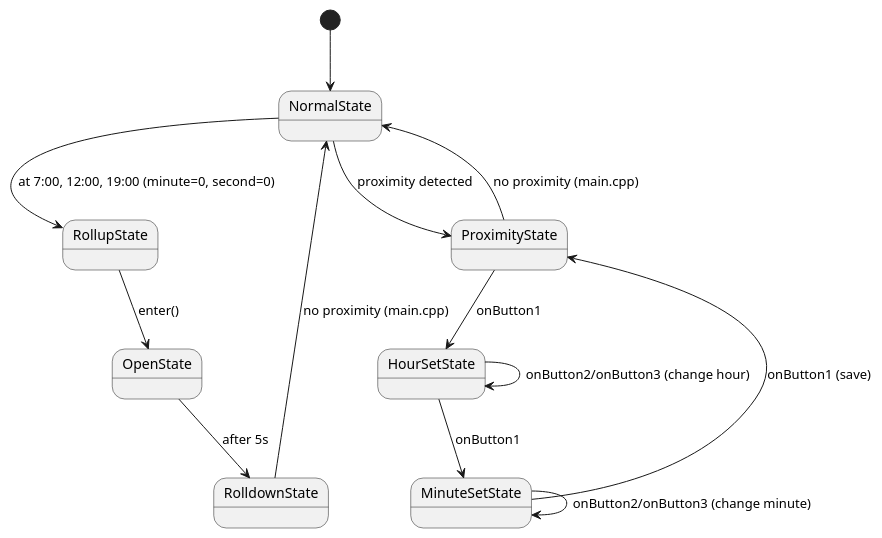
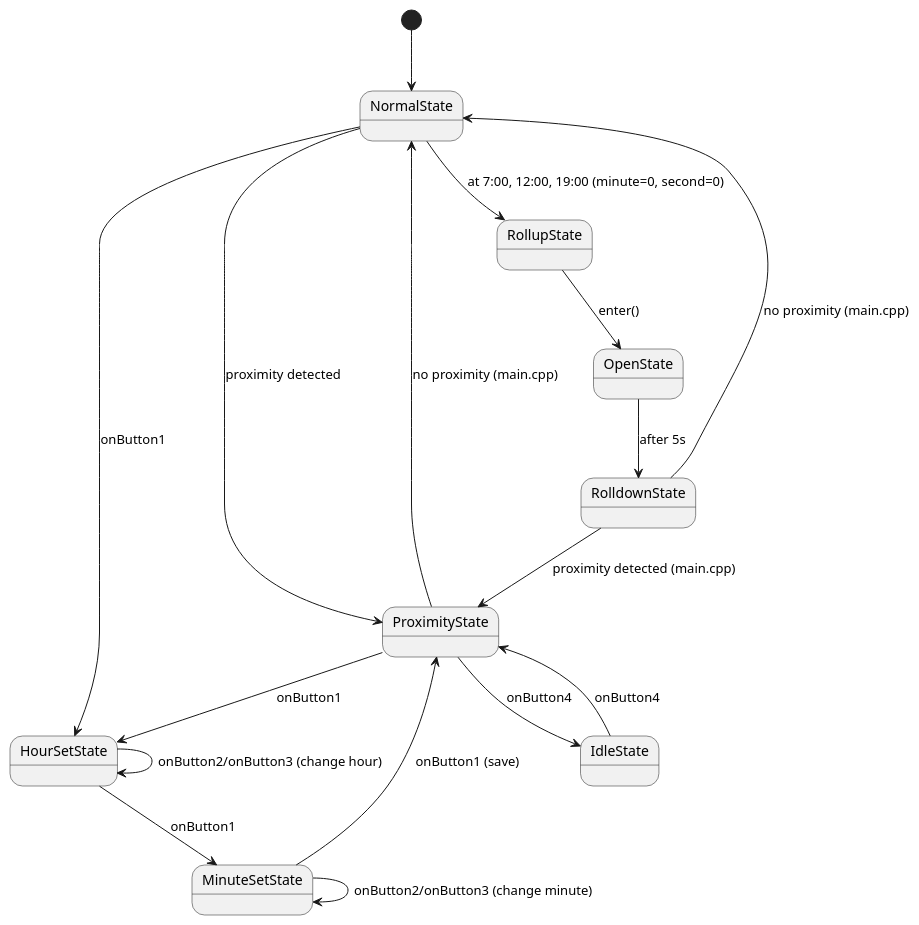
One commit to AuriconBela/catfeeder changed the diagram in states_diagram.puml. Above: the diagram before and after it, drawn with PlantUML. The commit also changed 5 other files, not shown here.

```diff
--- a/states_diagram.puml
+++ b/states_diagram.puml
@@ -1,20 +1,24 @@
 @startuml catfeeder_states
 
 [*] --> NormalState
 NormalState --> RollupState : at 7:00, 12:00, 19:00 (minute=0, second=0)
-
+NormalState --> HourSetState : onButton1
 NormalState --> ProximityState : proximity detected
 
 RollupState --> OpenState : enter()
 OpenState --> RolldownState : after 5s
+RolldownState --> ProximityState : proximity detected (main.cpp)
 RolldownState --> NormalState : no proximity (main.cpp)
 
 HourSetState --> MinuteSetState : onButton1
 HourSetState --> HourSetState : onButton2/onButton3 (change hour)
 MinuteSetState --> ProximityState : onButton1 (save)
 MinuteSetState --> MinuteSetState : onButton2/onButton3 (change minute)
 
 ProximityState --> HourSetState : onButton1
 ProximityState --> NormalState : no proximity (main.cpp)
+ProximityState --> IdleState : onButton4
+
+IdleState --> ProximityState : onButton4
 
 @enduml
```
